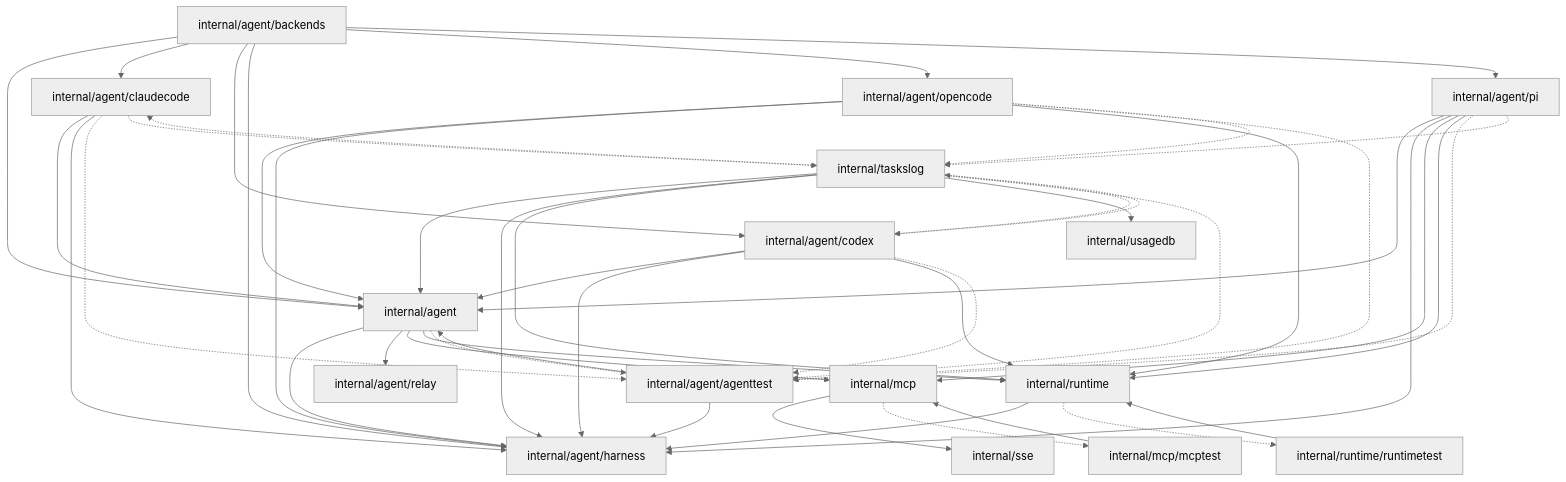
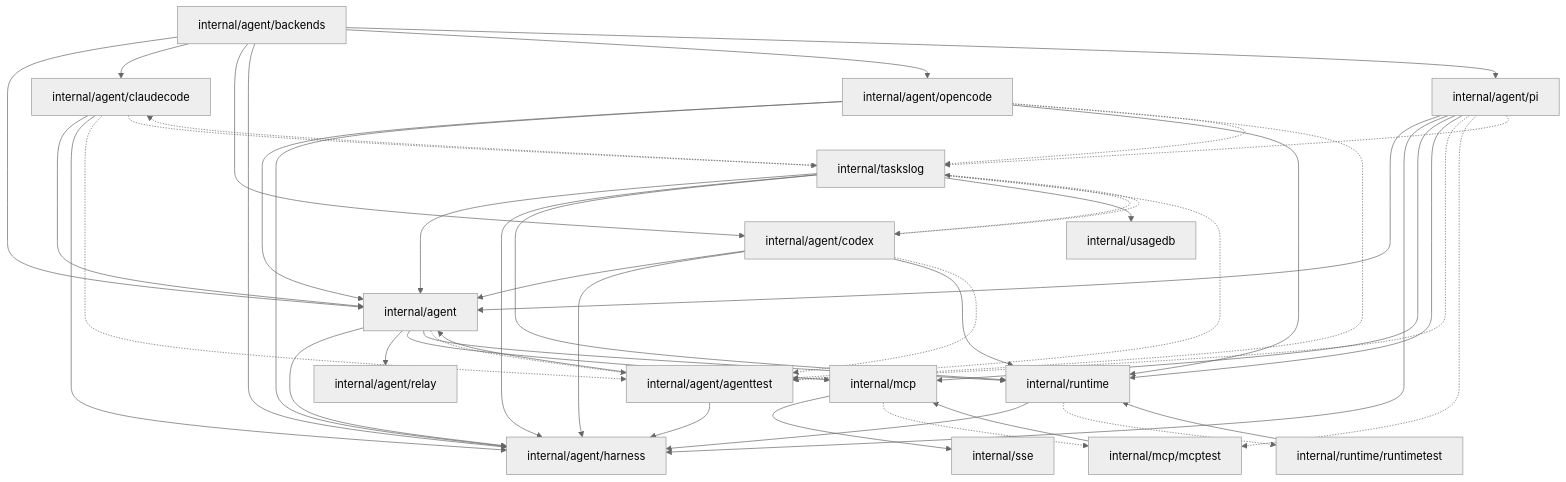
Before and after one commit to caic-xyz/caic: the second of 3 diagrams in backend/docs/ARCHITECTURE.md, drawn with Mermaid (neutral theme). The commit also changed other lines of this file and 8 other files, not shown here.

````diff
--- a/backend/docs/ARCHITECTURE.md
+++ b/backend/docs/ARCHITECTURE.md
@@ -237,66 +238,67 @@
 ```mermaid
 graph TD
   pkg_internal_agent["internal/agent"]
   pkg_internal_agent_agenttest["internal/agent/agenttest"]
   pkg_internal_agent_backends["internal/agent/backends"]
   pkg_internal_agent_claudecode["internal/agent/claudecode"]
   pkg_internal_agent_codex["internal/agent/codex"]
   pkg_internal_agent_harness["internal/agent/harness"]
   pkg_internal_agent_opencode["internal/agent/opencode"]
   pkg_internal_agent_pi["internal/agent/pi"]
   pkg_internal_agent_relay["internal/agent/relay"]
   pkg_internal_mcp["internal/mcp"]
   pkg_internal_mcp_mcptest["internal/mcp/mcptest"]
   pkg_internal_runtime["internal/runtime"]
   pkg_internal_runtime_runtimetest["internal/runtime/runtimetest"]
   pkg_internal_sse["internal/sse"]
   pkg_internal_taskslog["internal/taskslog"]
   pkg_internal_usagedb["internal/usagedb"]
 
   pkg_internal_agent --> pkg_internal_agent_harness
   pkg_internal_agent --> pkg_internal_agent_relay
   pkg_internal_agent --> pkg_internal_mcp
   pkg_internal_agent --> pkg_internal_runtime
   pkg_internal_agent -.-> pkg_internal_agent_agenttest
   pkg_internal_agent_agenttest --> pkg_internal_agent
   pkg_internal_agent_agenttest --> pkg_internal_agent_harness
   pkg_internal_agent_backends --> pkg_internal_agent
   pkg_internal_agent_backends --> pkg_internal_agent_claudecode
   pkg_internal_agent_backends --> pkg_internal_agent_codex
   pkg_internal_agent_backends --> pkg_internal_agent_harness
   pkg_internal_agent_backends --> pkg_internal_agent_opencode
   pkg_internal_agent_backends --> pkg_internal_agent_pi
   pkg_internal_agent_claudecode --> pkg_internal_agent
   pkg_internal_agent_claudecode --> pkg_internal_agent_harness
   pkg_internal_agent_claudecode -.-> pkg_internal_agent_agenttest
   pkg_internal_agent_claudecode -.-> pkg_internal_taskslog
   pkg_internal_agent_codex --> pkg_internal_agent
   pkg_internal_agent_codex --> pkg_internal_agent_harness
   pkg_internal_agent_codex --> pkg_internal_runtime
   pkg_internal_agent_codex -.-> pkg_internal_agent_agenttest
   pkg_internal_agent_codex -.-> pkg_internal_taskslog
   pkg_internal_agent_opencode --> pkg_internal_agent
   pkg_internal_agent_opencode --> pkg_internal_agent_harness
   pkg_internal_agent_opencode --> pkg_internal_runtime
   pkg_internal_agent_opencode -.-> pkg_internal_agent_agenttest
   pkg_internal_agent_opencode -.-> pkg_internal_taskslog
   pkg_internal_agent_pi --> pkg_internal_agent
   pkg_internal_agent_pi --> pkg_internal_agent_harness
   pkg_internal_agent_pi --> pkg_internal_mcp
   pkg_internal_agent_pi --> pkg_internal_runtime
   pkg_internal_agent_pi -.-> pkg_internal_agent_agenttest
+  pkg_internal_agent_pi -.-> pkg_internal_mcp_mcptest
   pkg_internal_agent_pi -.-> pkg_internal_taskslog
   pkg_internal_mcp --> pkg_internal_sse
   pkg_internal_mcp -.-> pkg_internal_mcp_mcptest
   pkg_internal_mcp_mcptest --> pkg_internal_mcp
   pkg_internal_runtime --> pkg_internal_agent_harness
   pkg_internal_runtime -.-> pkg_internal_runtime_runtimetest
   pkg_internal_runtime_runtimetest --> pkg_internal_runtime
   pkg_internal_taskslog --> pkg_internal_agent
   pkg_internal_taskslog --> pkg_internal_agent_harness
   pkg_internal_taskslog --> pkg_internal_runtime
   pkg_internal_taskslog --> pkg_internal_usagedb
   pkg_internal_taskslog -.-> pkg_internal_agent_agenttest
   pkg_internal_taskslog -.-> pkg_internal_agent_claudecode
   pkg_internal_taskslog -.-> pkg_internal_agent_codex
 ```
````
